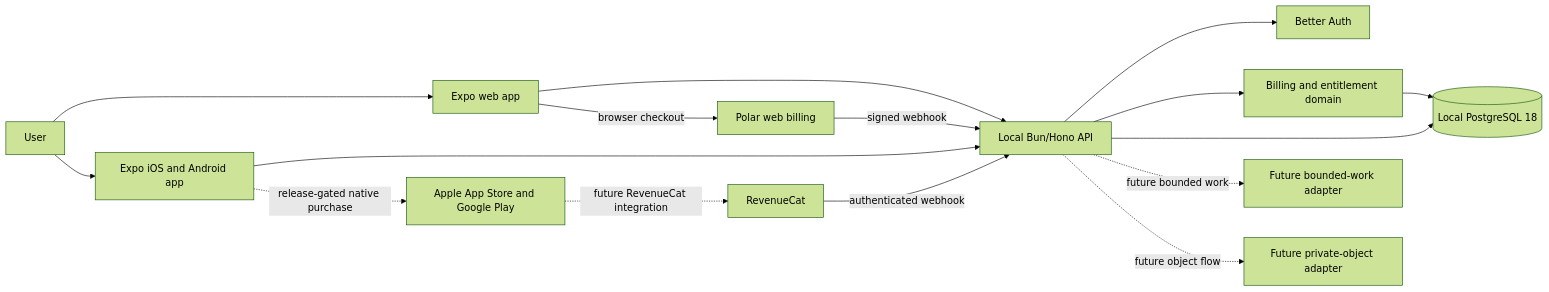
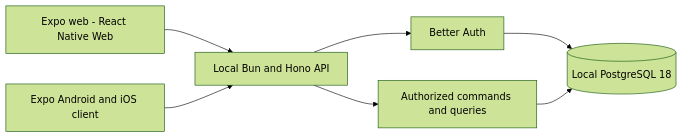
One commit to Eclalune-BTC/pisto-app changed the diagram in docs/architecture.md. Above: the diagram before and after it, drawn with Mermaid (forest theme). The commit also changed other lines of this file and 48 other files, not shown here.

First line of the commit message:
docs: retire obsolete architecture and agent handoffs

````diff
--- a/docs/architecture.md
+++ b/docs/architecture.md
@@ -12,31 +12,15 @@
 ```mermaid
 flowchart LR
-  User[User]
-  Web[Expo web app]
-  Native[Expo iOS and Android app]
-  API[Local Bun/Hono API]
+  Web[Expo web - React Native Web]
+  Native[Expo Android and iOS client]
+  API[Local Bun and Hono API]
   Auth[Better Auth]
-  Billing[Billing and entitlement domain]
+  Domain[Authorized commands and queries]
   DB[(Local PostgreSQL 18)]
-  Polar[Polar web billing]
-  Stores[Apple App Store and Google Play]
-  RC[RevenueCat]
-  Tasks[Future bounded-work adapter]
-  Storage[Future private-object adapter]
-
-  User --> Web
-  User --> Native
   Web --> API
   Native --> API
   API --> Auth
-  API --> Billing
-  API --> DB
-  Billing --> DB
-  Web -->|browser checkout| Polar
-  Polar -->|signed webhook| API
-  Native -. release-gated native purchase .-> Stores
-  Stores -. future RevenueCat integration .-> RC
-  RC -->|authenticated webhook| API
-  API -. future bounded work .-> Tasks
-  API -. future object flow .-> Storage
+  API --> Domain
+  Auth --> DB
+  Domain --> DB
 ```
````
